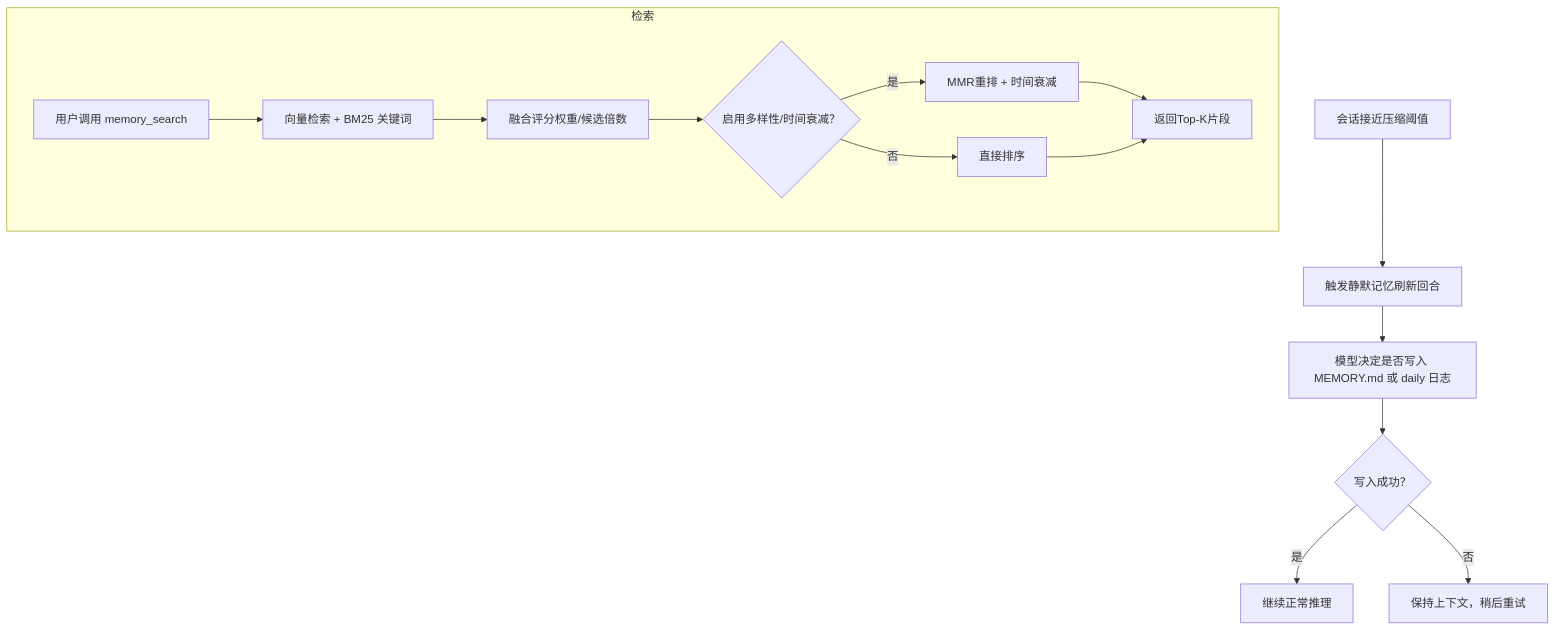
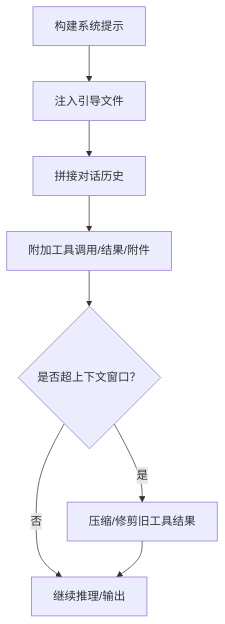
The eighth of 10 diagrams in repowiki/zh/content/核心概念/核心概念.md (botx-work/OpenClaw-Internals), drawn with Mermaid before and after one commit. The commit also changed other lines of this file and 542 other files, not shown here.

````diff
--- a/repowiki/zh/content/核心概念/核心概念.md
+++ b/repowiki/zh/content/核心概念/核心概念.md
@@ -274,17 +307,10 @@
 ```mermaid
 flowchart TD
-A["会话接近压缩阈值"] --> B["触发静默记忆刷新回合"]
-B --> C["模型决定是否写入 MEMORY.md 或 daily 日志"]
-C --> D{"写入成功？"}
-D --> |是| E["继续正常推理"]
-D --> |否| F["保持上下文，稍后重试"]
-subgraph "检索"
-G["用户调用 memory_search"] --> H["向量检索 + BM25 关键词"]
-H --> I["融合评分权重/候选倍数"]
-I --> J{"启用多样性/时间衰减？"}
-J --> |是| K["MMR重排 + 时间衰减"]
-J --> |否| L["直接排序"]
-K --> M["返回Top-K片段"]
-L --> M
-end
+A["构建系统提示"] --> B["注入引导文件"]
+B --> C["拼接对话历史"]
+C --> D["附加工具调用/结果/附件"]
+D --> E{"是否超上下文窗口？"}
+E --> |是| F["压缩/修剪旧工具结果"]
+E --> |否| G["继续推理/输出"]
+F --> G
 ```
````
